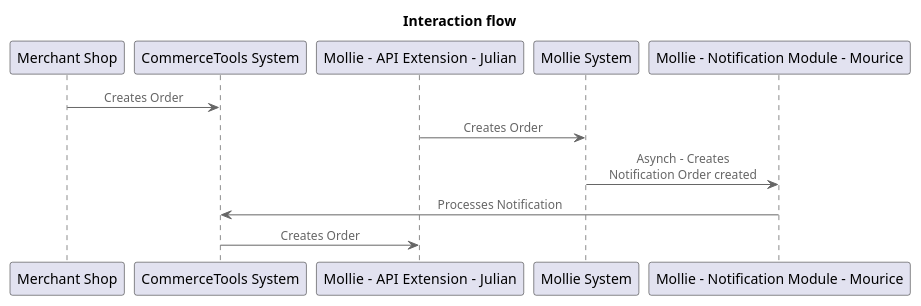
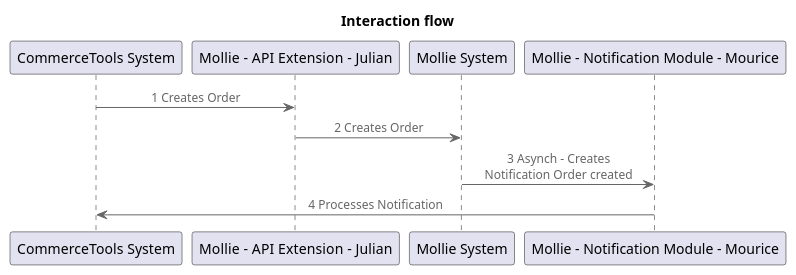
One commit to brunasti/icepanel-tools changed the diagram in examples/ml/icePanel-C4-output-Flow-Interaction flow.puml. Above: the diagram before and after it, drawn with PlantUML. The commit also changed 36 other files, not shown here.

Commit message:
Sorts flow participants to match the steps sequence

```diff
--- a/examples/ml/icePanel-C4-output-Flow-Interaction flow.puml
+++ b/examples/ml/icePanel-C4-output-Flow-Interaction flow.puml
@@ -1,33 +1,30 @@
 @startuml
 ' CONVERT ICEPANEL FLOW DIAGRAM ===========
 ' Converter          : it.brunasti.icepanel.tools.IcePanelToPlantUMLConverter
 ' IcePanel JSON File : [./examples/ml/ml-001.json]
 ' Configuration      : [./examples/ml/config.json]
-' Generated at       : Mon Apr 08 18:15:09 CEST 2024
+' Generated at       : Tue Apr 09 09:48:36 CEST 2024
 
 !include https://raw.githubusercontent.com/plantuml-stdlib/C4-PlantUML/master/C4_Context.puml
 !include https://raw.githubusercontent.com/plantuml-stdlib/C4-PlantUML/master/C4_Component.puml
 
 title Interaction flow
 
 
 ' Elements =======
-' Step ({"originId":"9xUmKihwlYUmsasTGOsv","targetId":"iihE1V4k7JDKwrS5GunC","description":"Creates Order","index":0,"viaId":"GrZaFDgV2Y1Fa437vxC1","id":"81kjikpqrac","type":"outgoing"})
-' Step ({"originId":"03XCn8Gai9J6GFDmJFfJ","targetId":"XPRwthglnMC6q9afCTyJ","description":"Creates Order","index":2,"viaId":"xg1P4phbRgIS1q4GC46v","id":"9poj6xi8x2t","type":"outgoing"})
-' Step ({"originId":"XPRwthglnMC6q9afCTyJ","targetId":"MRgvJ9ygR2wFH6SewIIW","description":"Asynch - Creates Notification Order created","index":3,"viaId":"RmUeikKHO5vdQY1gidSl","id":"43fv4vhc5j6","type":"outgoing"})
-' Step ({"originId":"MRgvJ9ygR2wFH6SewIIW","targetId":"iihE1V4k7JDKwrS5GunC","description":"Processes Notification","index":4,"viaId":"aCEkEgIWBmSOBcqLPZRj","id":"qp7nayg6hf9","type":"outgoing"})
-' Step ({"originId":"iihE1V4k7JDKwrS5GunC","targetId":"03XCn8Gai9J6GFDmJFfJ","description":"Creates Order","index":1,"viaId":"RGJ9nWu4VCMEnlzrF3b9","id":"xm20bmo0zd","type":"outgoing"})
-participant "Merchant Shop" as 9xUmKihwlYUmsasTGOsv 
+' Steps =======
 participant "CommerceTools System" as iihE1V4k7JDKwrS5GunC 
 participant "Mollie  - API Extension - Julian" as 03XCn8Gai9J6GFDmJFfJ 
+participant "Mollie  - API Extension - Julian" as 03XCn8Gai9J6GFDmJFfJ 
+participant "Mollie System" as XPRwthglnMC6q9afCTyJ 
 participant "Mollie System" as XPRwthglnMC6q9afCTyJ 
 participant "Mollie - Notification Module - Mourice" as MRgvJ9ygR2wFH6SewIIW 
-' Steps =======
-9xUmKihwlYUmsasTGOsv -> iihE1V4k7JDKwrS5GunC : Creates Order
-03XCn8Gai9J6GFDmJFfJ -> XPRwthglnMC6q9afCTyJ : Creates Order
-XPRwthglnMC6q9afCTyJ -> MRgvJ9ygR2wFH6SewIIW : Asynch - Creates Notification Order created
-MRgvJ9ygR2wFH6SewIIW -> iihE1V4k7JDKwrS5GunC : Processes Notification
-iihE1V4k7JDKwrS5GunC -> 03XCn8Gai9J6GFDmJFfJ : Creates Order
+participant "Mollie - Notification Module - Mourice" as MRgvJ9ygR2wFH6SewIIW 
+
+iihE1V4k7JDKwrS5GunC -> 03XCn8Gai9J6GFDmJFfJ : 1 Creates Order
+03XCn8Gai9J6GFDmJFfJ -> XPRwthglnMC6q9afCTyJ : 2 Creates Order
+XPRwthglnMC6q9afCTyJ -> MRgvJ9ygR2wFH6SewIIW : 3 Asynch - Creates Notification Order created
+MRgvJ9ygR2wFH6SewIIW -> iihE1V4k7JDKwrS5GunC : 4 Processes Notification
 
 
 @enduml
```
